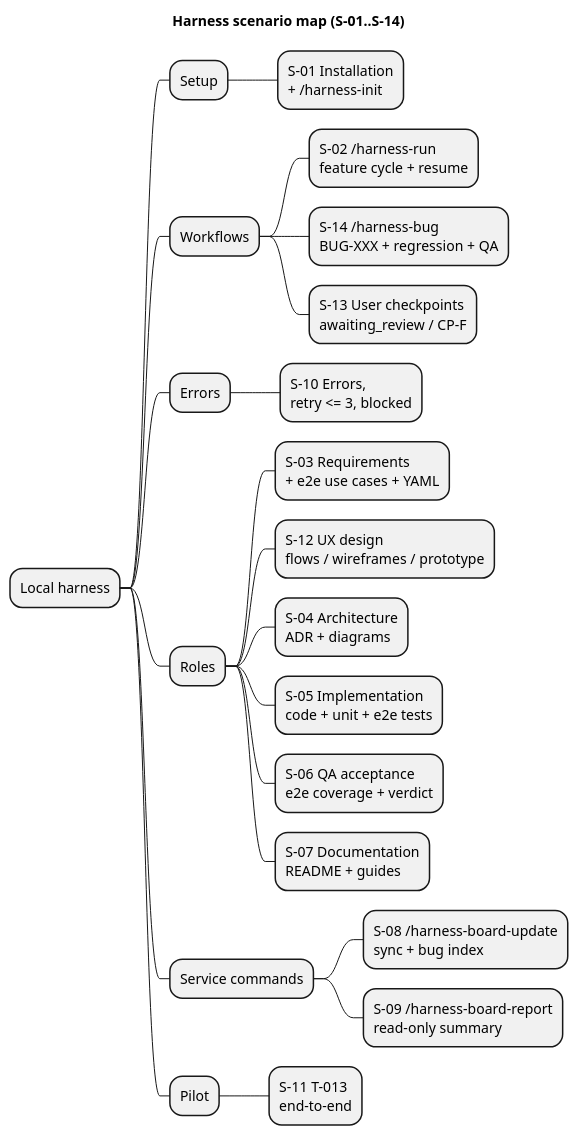
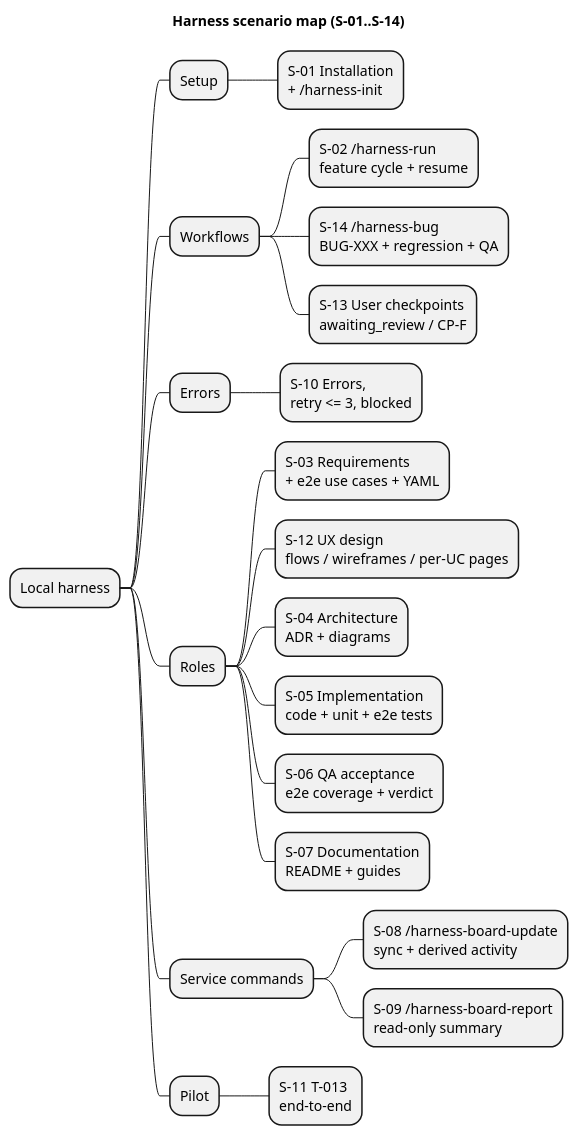
One commit to serge-sasov/harness changed the diagram in docs/description/diagrams/scenario-map.puml. Above: the diagram before and after it, drawn with PlantUML. The commit also changed 39 other files, not shown here.

Commit message:
feat: harness 2.4.0 per-scenario UX HTML pages and derived activity

```diff
--- a/docs/description/diagrams/scenario-map.puml
+++ b/docs/description/diagrams/scenario-map.puml
@@ -1,26 +1,26 @@
 @startmindmap
 skinparam defaultFontName Segoe UI
 title Harness scenario map (S-01..S-14)
 
 * Local harness
 ** Setup
 *** S-01 Installation\n+ /harness-init
 ** Workflows
 *** S-02 /harness-run\nfeature cycle + resume
 *** S-14 /harness-bug\nBUG-XXX + regression + QA
 *** S-13 User checkpoints\nawaiting_review / CP-F
 ** Errors
 *** S-10 Errors,\nretry <= 3, blocked
 ** Roles
 *** S-03 Requirements\n+ e2e use cases + YAML
-*** S-12 UX design\nflows / wireframes / prototype
+*** S-12 UX design\nflows / wireframes / per-UC pages
 *** S-04 Architecture\nADR + diagrams
 *** S-05 Implementation\ncode + unit + e2e tests
 *** S-06 QA acceptance\ne2e coverage + verdict
 *** S-07 Documentation\nREADME + guides
 ** Service commands
-*** S-08 /harness-board-update\nsync + bug index
+*** S-08 /harness-board-update\nsync + derived activity
 *** S-09 /harness-board-report\nread-only summary
 ** Pilot
 *** S-11 T-013\nend-to-end
 @endmindmap
```
